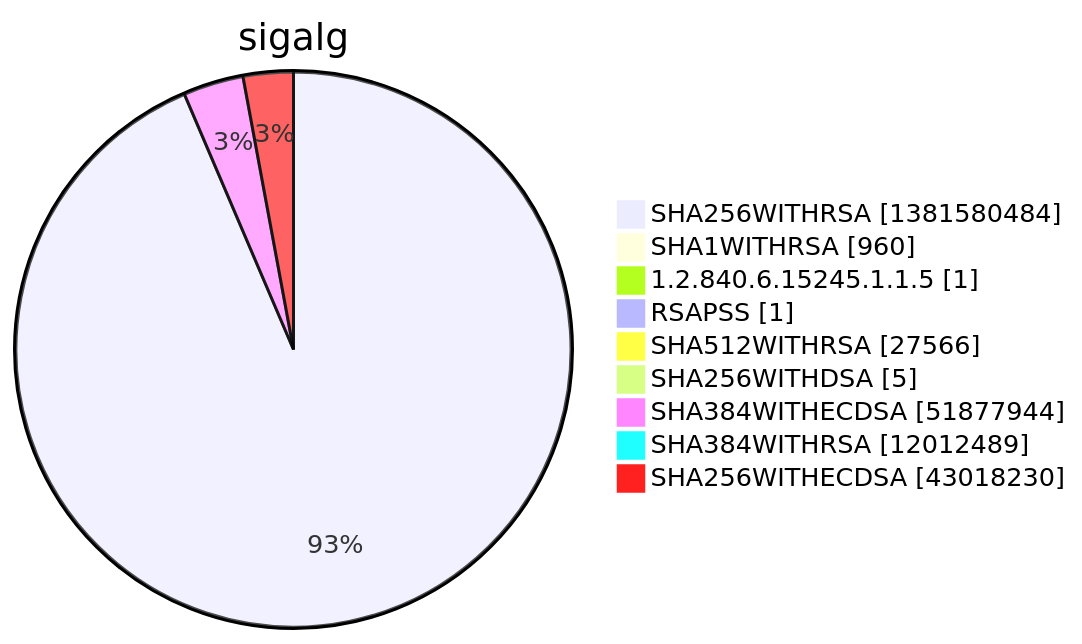
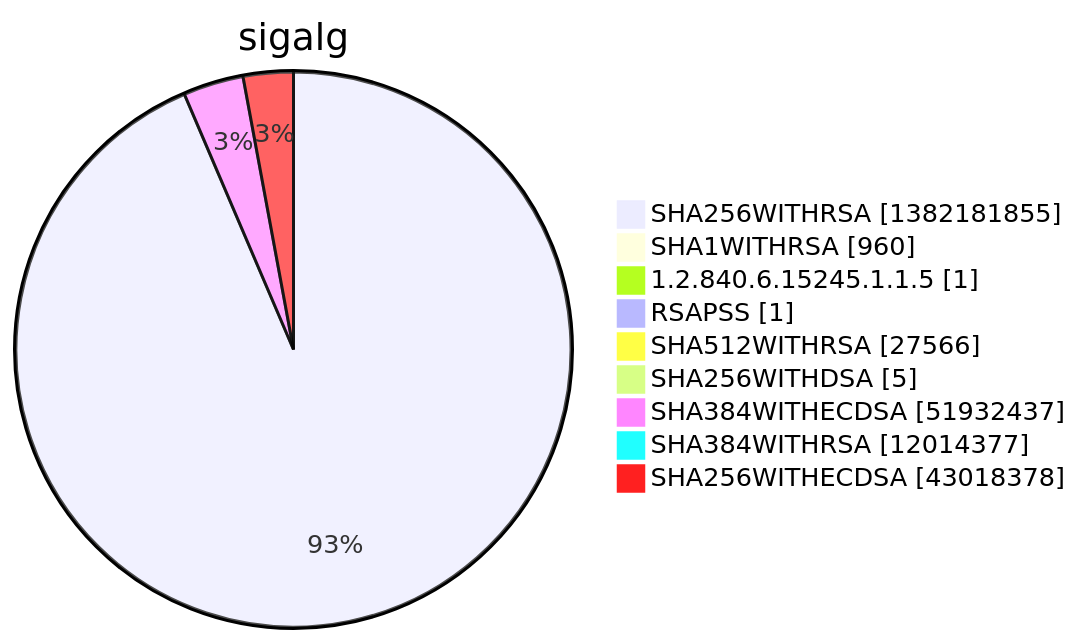
One commit to christiankrug/ctmonitor_visualization changed diagram 15 of 15 in argon2022/README.md. Above: the diagram before and after it, drawn with Mermaid. The commit also changed other lines of this file, not shown here.

````diff
--- a/argon2022/README.md
+++ b/argon2022/README.md
@@ -5524,13 +5524,13 @@
 ```mermaid
 pie showData
 title sigalg
-"SHA256WITHRSA" :1381580484
+"SHA256WITHRSA" :1382181855
 "SHA1WITHRSA" :960
 "1.2.840.6.15245.1.1.5" :1
 "RSAPSS" :1
 "SHA512WITHRSA" :27566
 "SHA256WITHDSA" :5
-"SHA384WITHECDSA" :51877944
-"SHA384WITHRSA" :12012489
-"SHA256WITHECDSA" :43018230
+"SHA384WITHECDSA" :51932437
+"SHA384WITHRSA" :12014377
+"SHA256WITHECDSA" :43018378
 ```
````
